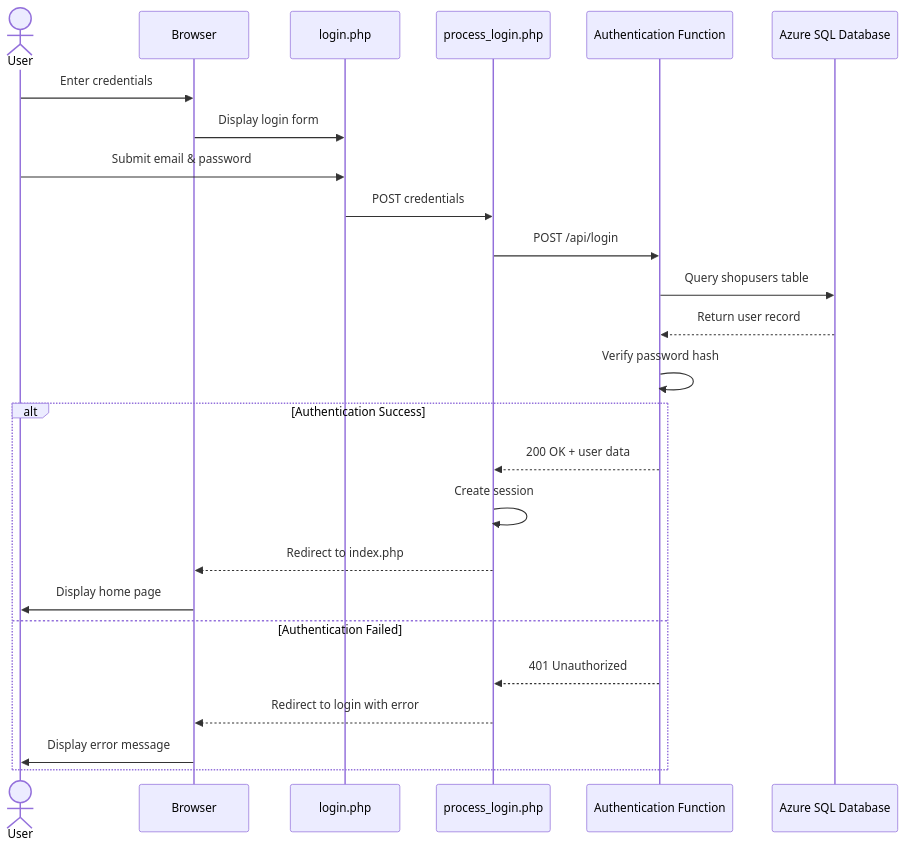
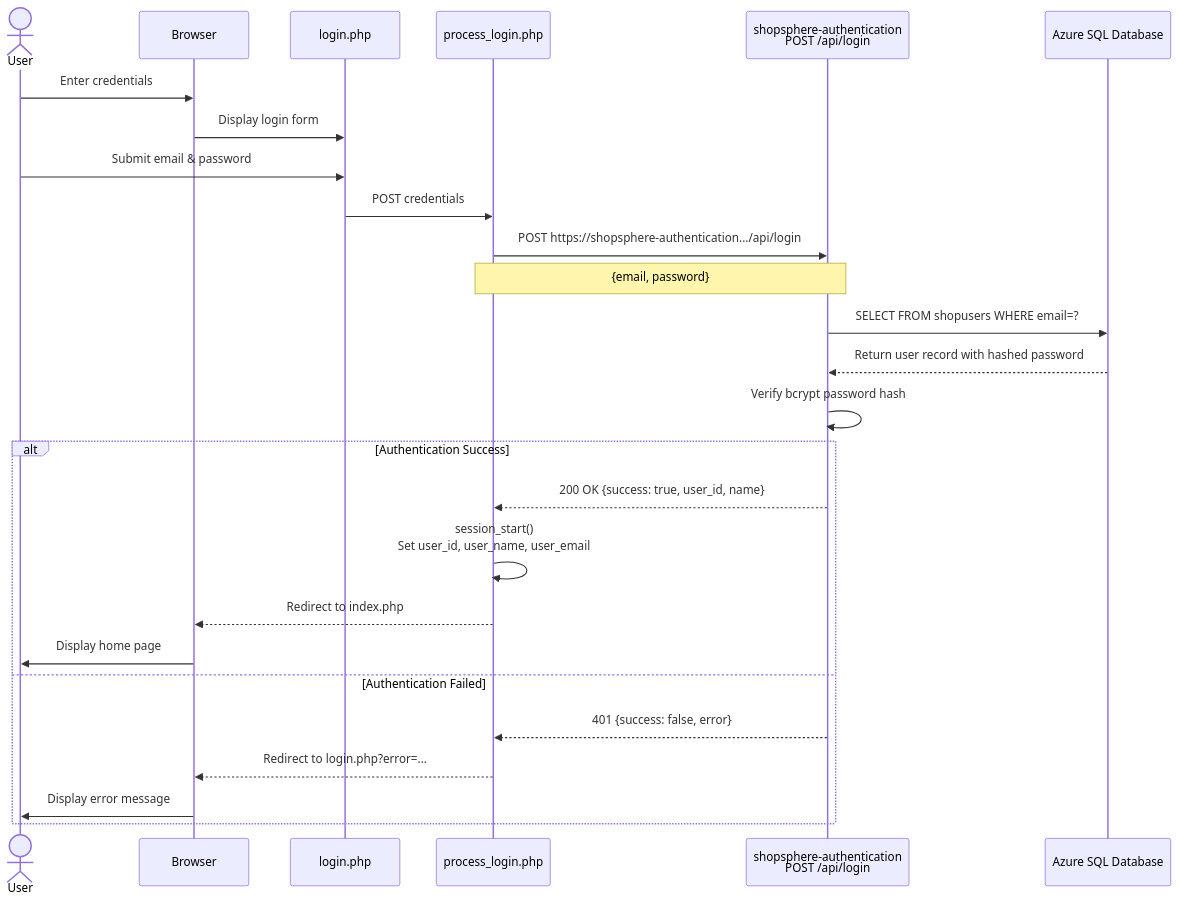
One commit to RichardT1996/my-cloud-shop changed the fourth of 10 diagrams in ARCHITECTURE_UML.md. Above: the diagram before and after it, drawn with Mermaid. The commit also changed other lines of this file, not shown here.

Commit message:
update diagrams

````diff
--- a/ARCHITECTURE_UML.md
+++ b/ARCHITECTURE_UML.md
@@ -201,28 +201,29 @@
 ```mermaid
 sequenceDiagram
     actor User
     participant Browser
     participant LoginPage as login.php
     participant ProcessLogin as process_login.php
-    participant AuthFunc as Authentication Function
+    participant AuthFunc as shopsphere-authentication<br/>POST /api/login
     participant Database as Azure SQL Database
     
     User->>Browser: Enter credentials
     Browser->>LoginPage: Display login form
     User->>LoginPage: Submit email & password
     LoginPage->>ProcessLogin: POST credentials
-    ProcessLogin->>AuthFunc: POST /api/login
-    AuthFunc->>Database: Query shopusers table
-    Database-->>AuthFunc: Return user record
-    AuthFunc->>AuthFunc: Verify password hash
+    ProcessLogin->>AuthFunc: POST https://shopsphere-authentication.../api/login
+    Note over ProcessLogin,AuthFunc: {email, password}
+    AuthFunc->>Database: SELECT FROM shopusers WHERE email=?
+    Database-->>AuthFunc: Return user record with hashed password
+    AuthFunc->>AuthFunc: Verify bcrypt password hash
     alt Authentication Success
-        AuthFunc-->>ProcessLogin: 200 OK + user data
-        ProcessLogin->>ProcessLogin: Create session
+        AuthFunc-->>ProcessLogin: 200 OK {success: true, user_id, name}
+        ProcessLogin->>ProcessLogin: session_start()<br/>Set user_id, user_name, user_email
         ProcessLogin-->>Browser: Redirect to index.php
         Browser->>User: Display home page
     else Authentication Failed
-        AuthFunc-->>ProcessLogin: 401 Unauthorized
-        ProcessLogin-->>Browser: Redirect to login with error
+        AuthFunc-->>ProcessLogin: 401 {success: false, error}
+        ProcessLogin-->>Browser: Redirect to login.php?error=...
         Browser->>User: Display error message
     end
 ```
````
